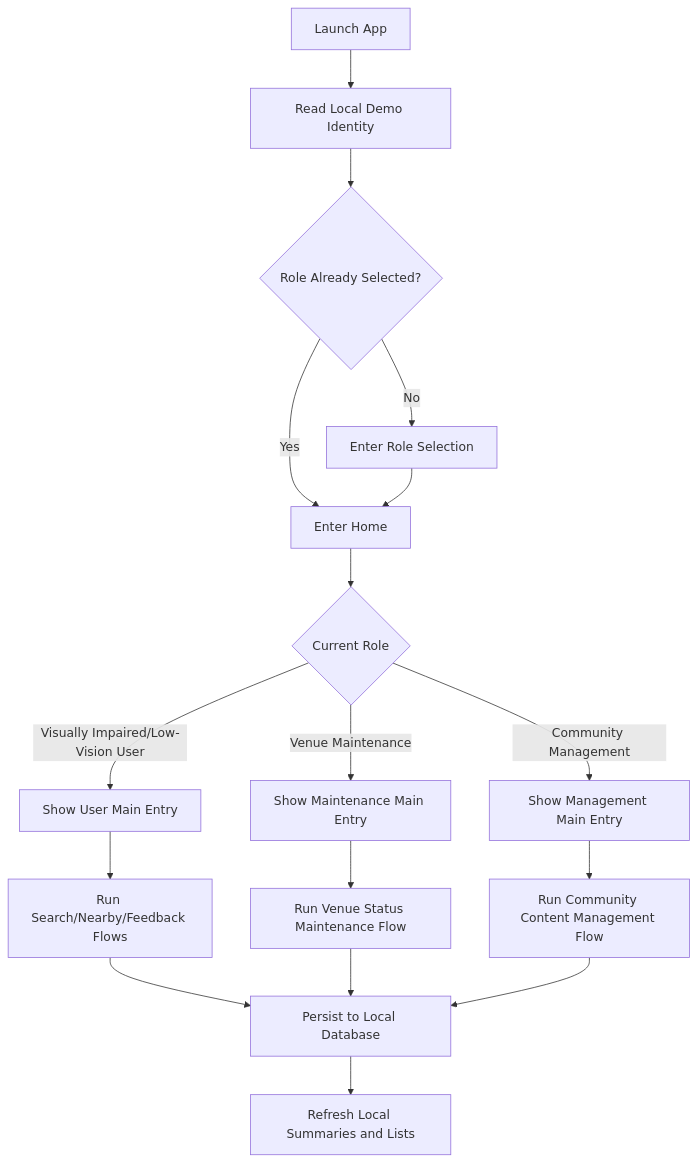
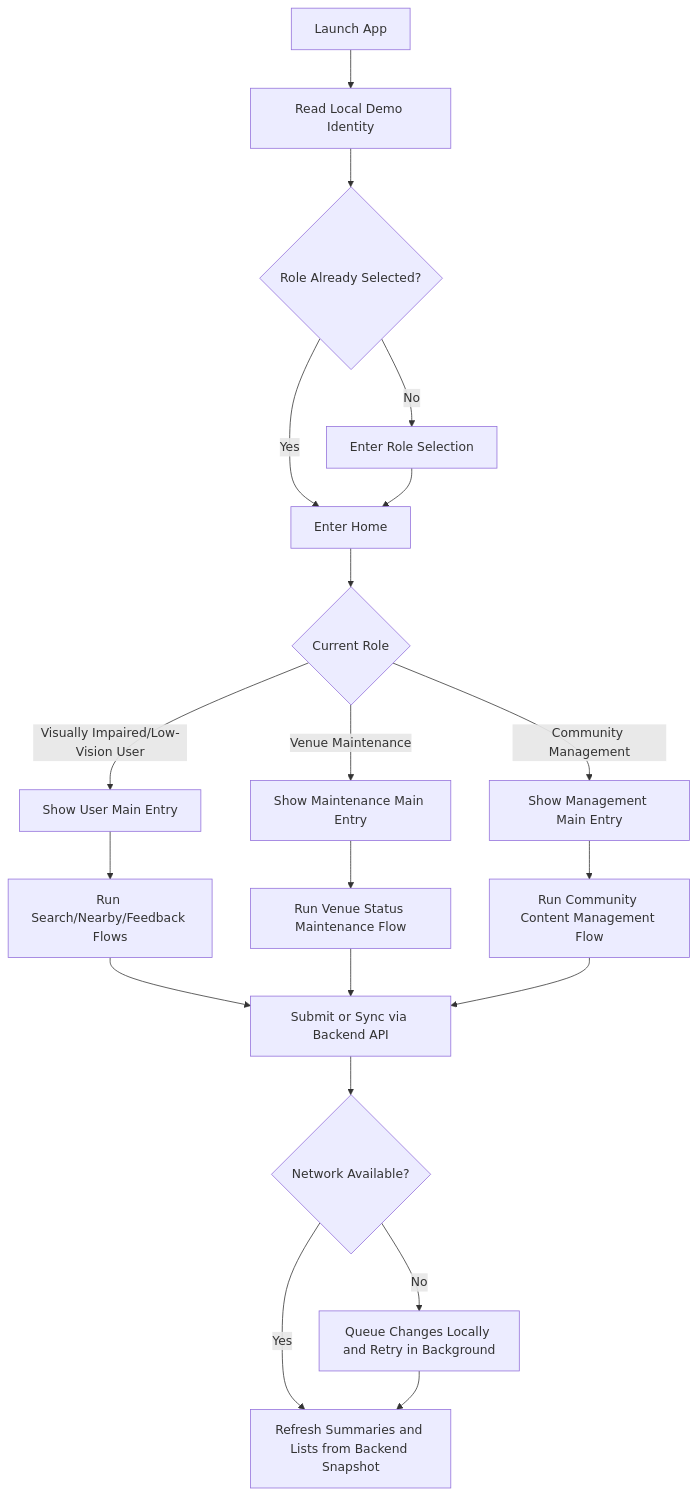
One commit to angelyng09/Luma changed the first of 4 diagrams in Luma_Role Features & Workflow Diagram.md. Above: the diagram before and after it, drawn with Mermaid. The commit also changed other lines of this file and 3 other files, not shown here.

````diff
--- a/Luma_Role Features & Workflow Diagram.md
+++ b/Luma_Role Features & Workflow Diagram.md
@@ -30,22 +30,25 @@
 ```mermaid
 flowchart TD
     A[Launch App] --> B[Read Local Demo Identity]
     B --> C{Role Already Selected?}
     C -- No --> D[Enter Role Selection]
     C -- Yes --> E[Enter Home]
     D --> E
 
     E --> F{Current Role}
     F -- Visually Impaired/Low-Vision User --> U1[Show User Main Entry]
     F -- Venue Maintenance --> M1[Show Maintenance Main Entry]
     F -- Community Management --> G1[Show Management Main Entry]
 
     U1 --> H[Run Search/Nearby/Feedback Flows]
     M1 --> I[Run Venue Status Maintenance Flow]
     G1 --> J[Run Community Content Management Flow]
 
-    H --> K[Persist to Local Database]
+    H --> K[Submit or Sync via Backend API]
     I --> K
     J --> K
-    K --> L[Refresh Local Summaries and Lists]
+    K --> L{Network Available?}
+    L -- Yes --> M[Refresh Summaries and Lists from Backend Snapshot]
+    L -- No --> N[Queue Changes Locally and Retry in Background]
+    N --> M
 ```
````
